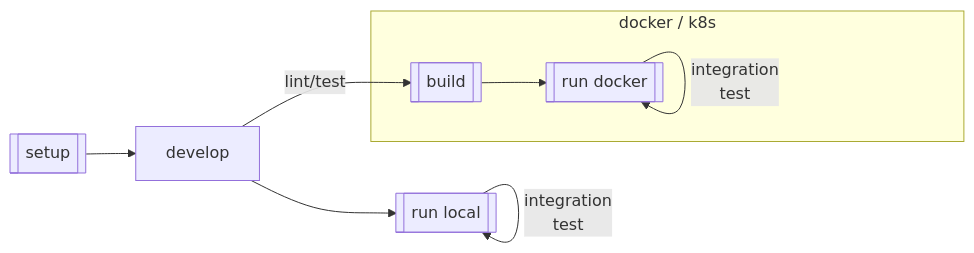
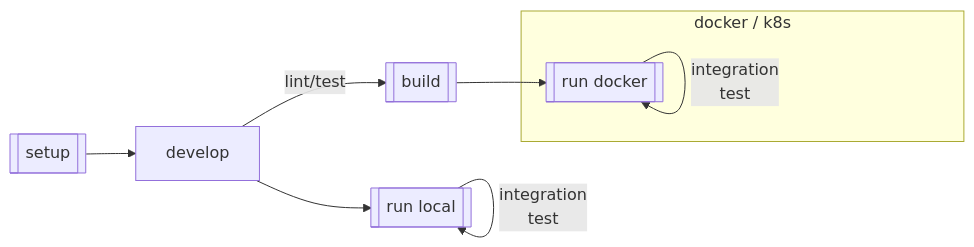
Before and after one commit to DataBiosphere/terra-java-project-template: the diagram in CONTRIBUTING.md, drawn with Mermaid. The commit also changed other lines of this file and 1 other file, not shown here.

````diff
--- a/CONTRIBUTING.md
+++ b/CONTRIBUTING.md
@@ -27,21 +27,19 @@
 ```mermaid
 flowchart LR
   e[[setup]]
   v[develop]
   e --> v
   rc[[run local]]
   v --> rc
   rc -- " integration
   test " --> rc
+  b[[build]]
 
   subgraph docker / k8s
-    b[[build]]
     rd[[run docker]]
-
-    b --> rd
-
     rd -- " integration
     test " --> rd
   end
+  b --> rd
   v -- lint/test --> b
 ```
````
